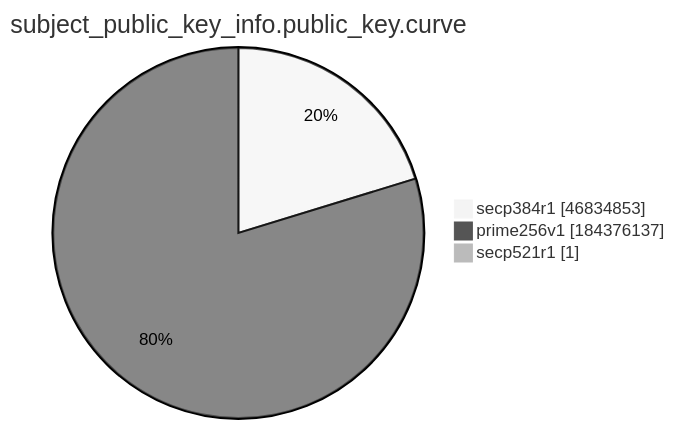
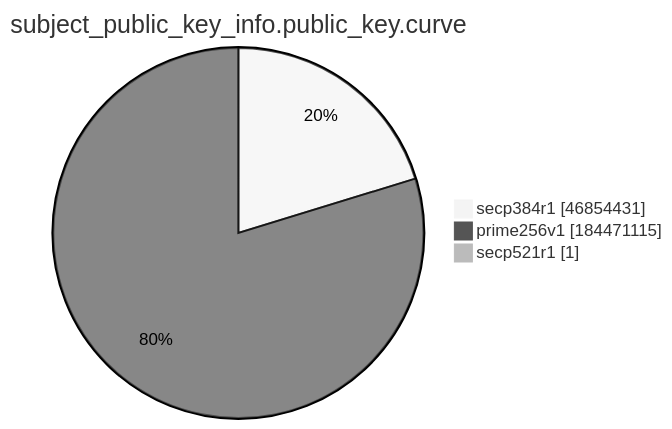
Before and after one commit to christiankrug/ctmonitor_visualization: the ninth of 15 diagrams in xenon2022/README.md, drawn with Mermaid (neutral theme). The commit also changed other lines of this file, not shown here.

````diff
--- a/xenon2022/README.md
+++ b/xenon2022/README.md
@@ -2874,7 +2874,7 @@
 ```mermaid
 pie showData
 title subject_public_key_info.public_key.curve
-"secp384r1" :46834853
-"prime256v1" :184376137
+"secp384r1" :46854431
+"prime256v1" :184471115
 "secp521r1" :1
 ```
````
